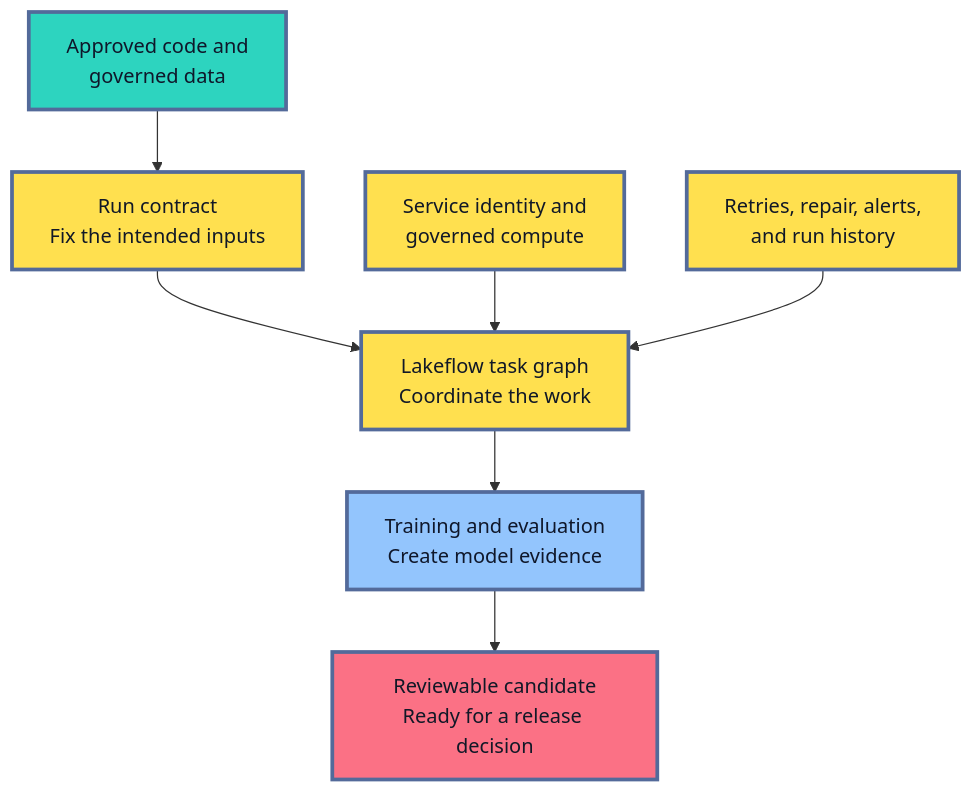
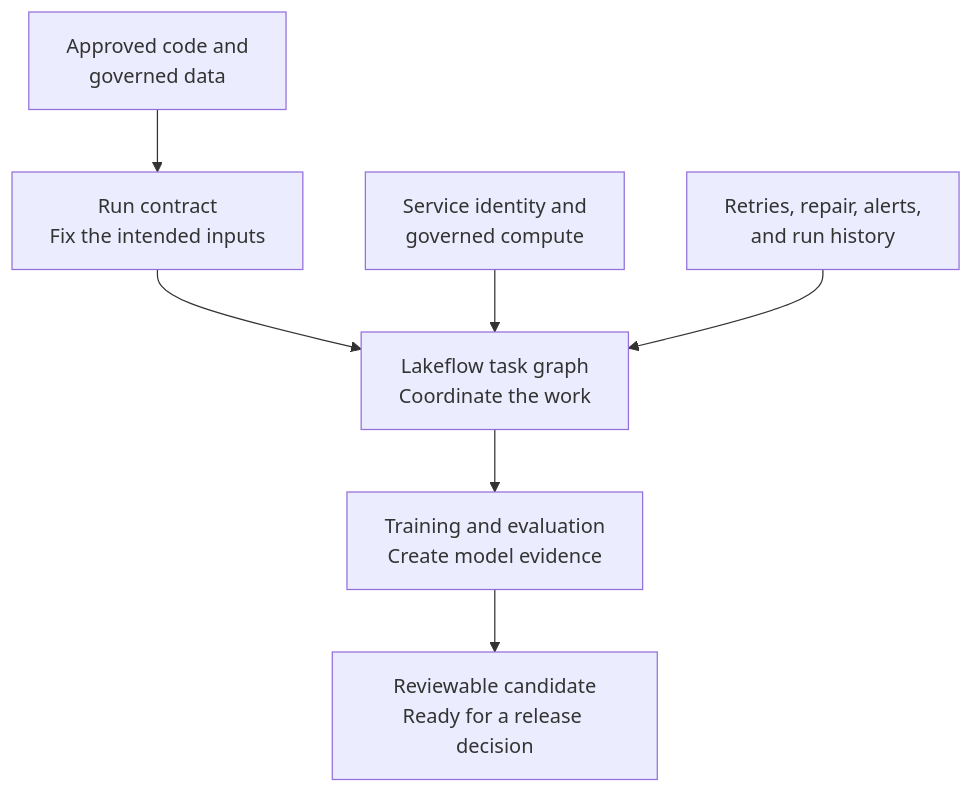
One commit to senlinyy/dev-roadmaps changed the first of 5 diagrams in roadmaps/mlops/modules/mlops-infrastructure/cloud-mlops-services/databricks-mlops/05-production-training-lakeflow-jobs.md. Above: the diagram before and after it, drawn with Mermaid. The commit also changed other lines of this file and 152 other files, not shown here.

Commit message:
feat: mlops and diagrams updated

````diff
--- a/roadmaps/mlops/modules/mlops-infrastructure/cloud-mlops-services/databricks-mlops/05-production-training-lakeflow-jobs.md
+++ b/roadmaps/mlops/modules/mlops-infrastructure/cloud-mlops-services/databricks-mlops/05-production-training-lakeflow-jobs.md
@@ -46,19 +46,15 @@
 ```mermaid
 flowchart TD
     A["Approved code and<br/>governed data"] --> B["Run contract<br/>Fix the intended inputs"]
     B --> C["Lakeflow task graph<br/>Coordinate the work"]
     C --> D["Training and evaluation<br/>Create model evidence"]
     D --> E["Reviewable candidate<br/>Ready for a release decision"]
 
     F["Service identity and<br/>governed compute"] --> C
     G["Retries, repair, alerts,<br/>and run history"] --> C
 
-    classDef input fill:#2DD4BF,stroke:#536A9A,stroke-width:3px,color:#0F172A
-    classDef control fill:#FFE04F,stroke:#536A9A,stroke-width:3px,color:#111827
-    classDef work fill:#93C5FD,stroke:#536A9A,stroke-width:3px,color:#0F172A
-    classDef result fill:#FB7185,stroke:#536A9A,stroke-width:3px,color:#111827
     class A input
     class B,C,F,G control
     class D work
     class E result
 ```
````
